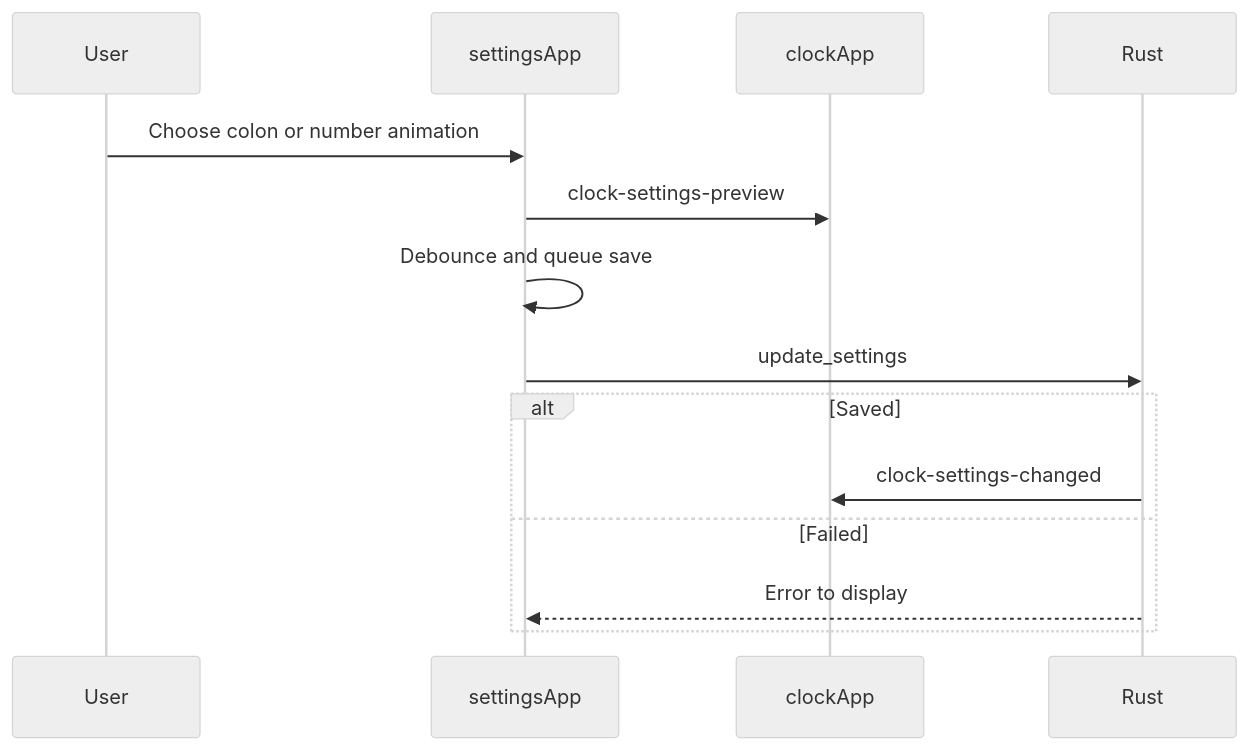
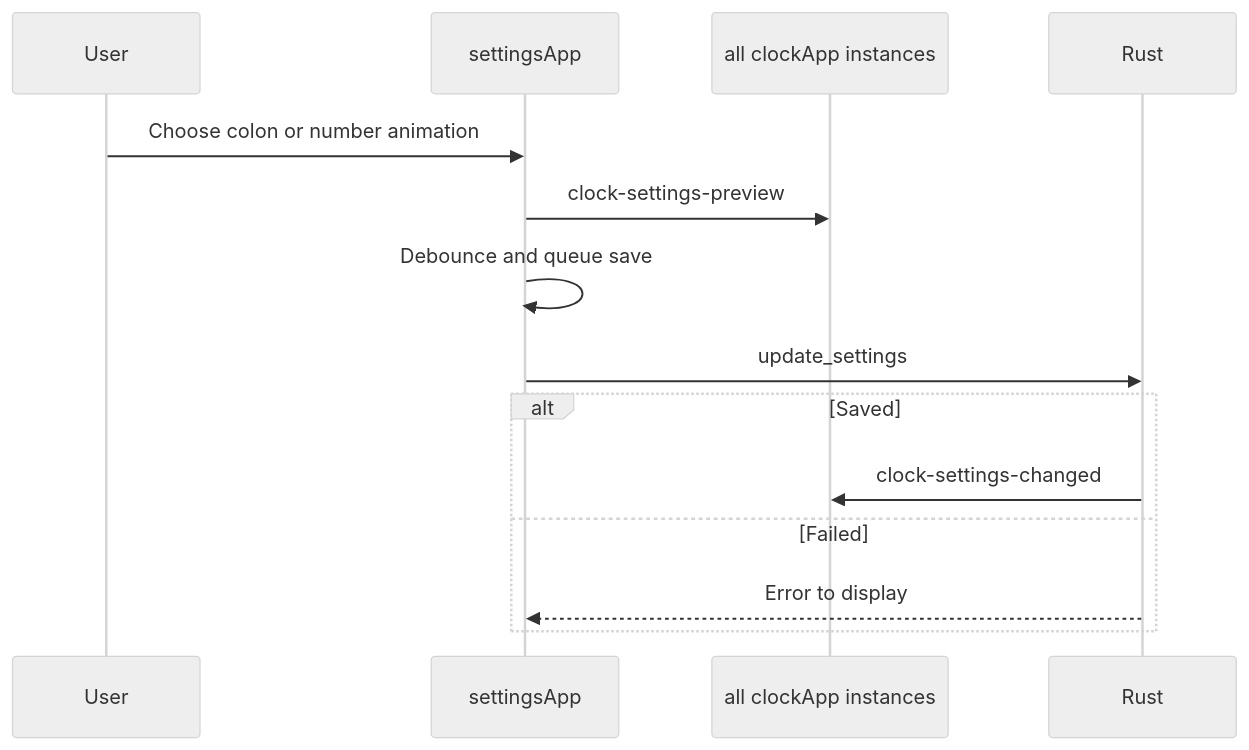
One commit to tbkmax/TopClock changed the second of 3 diagrams in src/doc/workflow_diagram.md. Above: the diagram before and after it, drawn with Mermaid (neutral theme). The commit also changed other lines of this file and 26 other files, not shown here.

````diff
--- a/src/doc/workflow_diagram.md
+++ b/src/doc/workflow_diagram.md
@@ -68,16 +73,16 @@
 ```mermaid
 sequenceDiagram
     participant User
     participant Settings as settingsApp
-    participant Clock as clockApp
+    participant Clocks as all clockApp instances
     participant Rust
     User->>Settings: Choose colon or number animation
-    Settings->>Clock: clock-settings-preview
+    Settings->>Clocks: clock-settings-preview
     Settings->>Settings: Debounce and queue save
     Settings->>Rust: update_settings
     alt Saved
-        Rust->>Clock: clock-settings-changed
+        Rust->>Clocks: clock-settings-changed
     else Failed
         Rust-->>Settings: Error to display
     end
 ```
````
